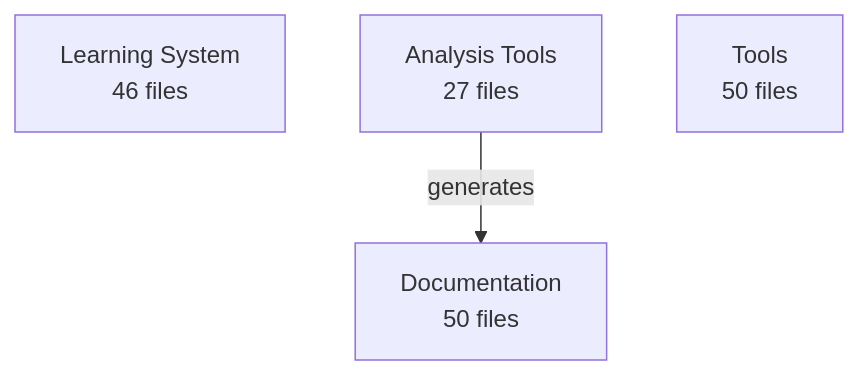
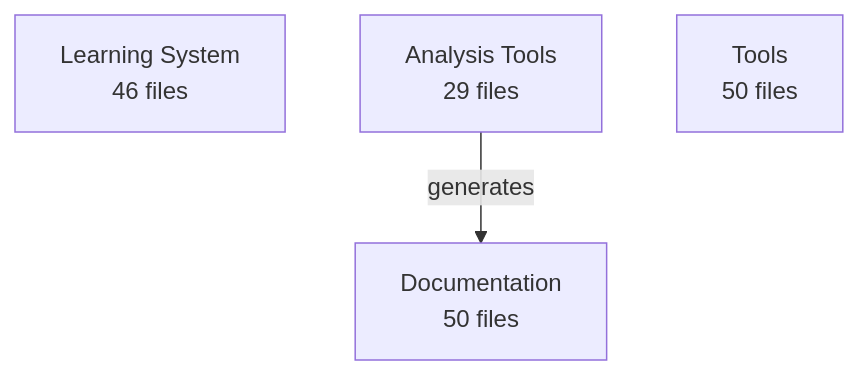
One commit to enufacas/Chained changed the diagram in docs/data/architecture/architecture.mmd. Above: the diagram before and after it, drawn with Mermaid. The commit also changed 6 other files, not shown here.

First line of the commit message:
🏗️ Update architecture evolution tracking

```diff
--- a/docs/data/architecture/architecture.mmd
+++ b/docs/data/architecture/architecture.mmd
@@ -1,6 +1,6 @@
 graph TD
     learning_system[Learning System<br/>46 files]
-    analysis_tools[Analysis Tools<br/>27 files]
+    analysis_tools[Analysis Tools<br/>29 files]
     documentation[Documentation<br/>50 files]
     tools[Tools<br/>50 files]
     analysis_tools -->|generates| documentation
```
